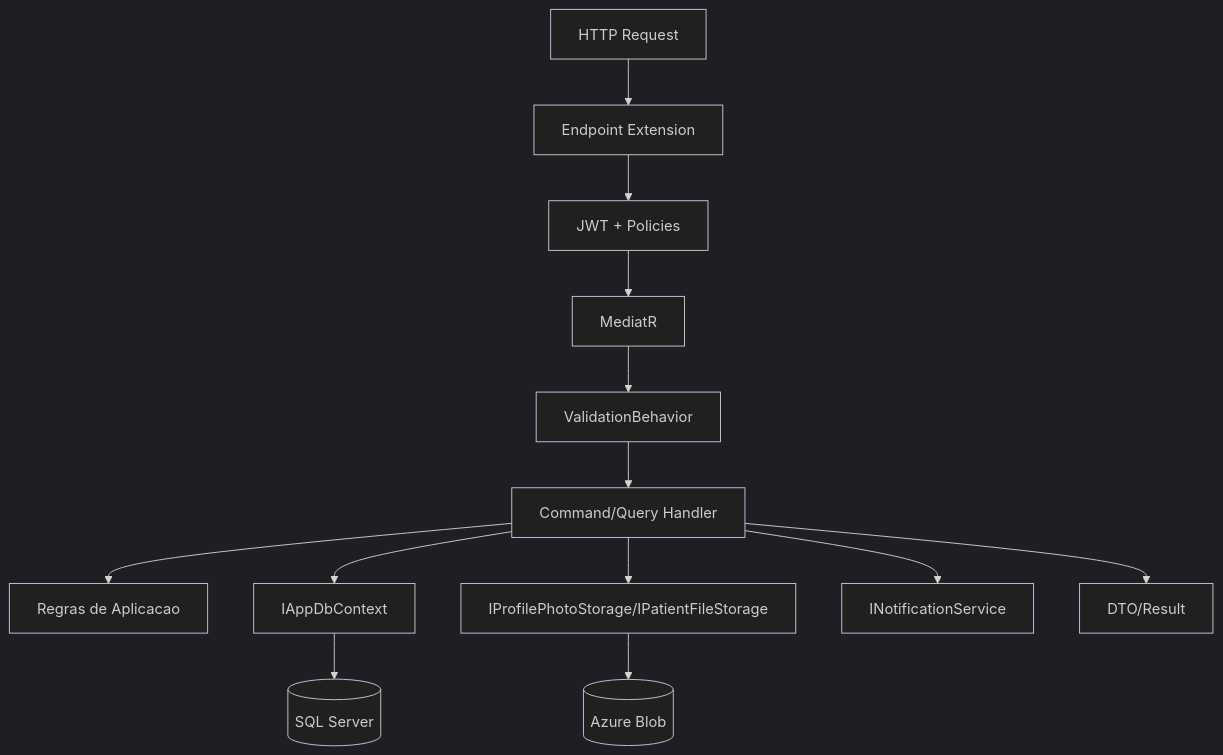
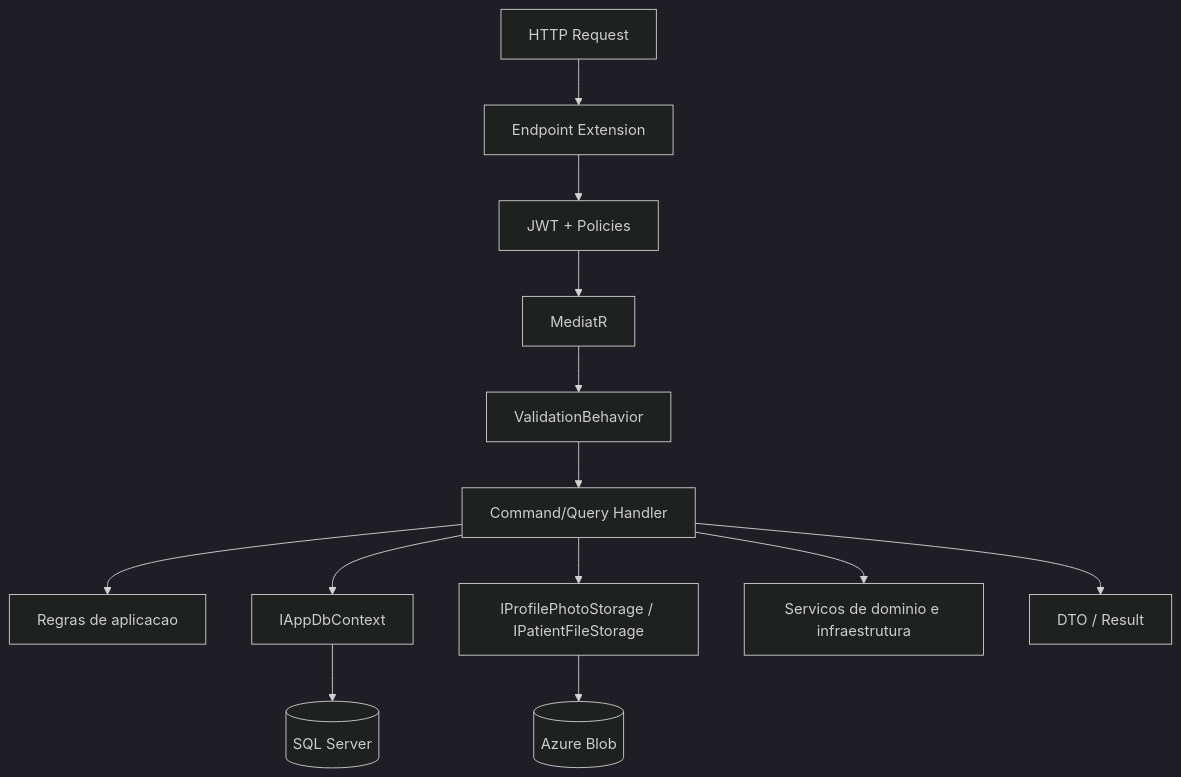
Before and after one commit to Hemodinks/hemodinks-api: the second of 6 diagrams in docs/TECHNICAL_DOCUMENTATION.md, drawn with Mermaid (dark theme). The commit also changed other lines of this file and 7 other files, not shown here.

````diff
--- a/docs/TECHNICAL_DOCUMENTATION.md
+++ b/docs/TECHNICAL_DOCUMENTATION.md
@@ -158,15 +139,15 @@
 ```mermaid
 flowchart TB
     Request[HTTP Request] --> Endpoint[Endpoint Extension]
     Endpoint --> Auth[JWT + Policies]
     Auth --> Mediator[MediatR]
     Mediator --> Validation[ValidationBehavior]
     Validation --> Handler[Command/Query Handler]
-    Handler --> Rules[Regras de Aplicacao]
+    Handler --> Rules[Regras de aplicacao]
     Handler --> Db[IAppDbContext]
-    Handler --> Storage[IProfilePhotoStorage/IPatientFileStorage]
-    Handler --> Notifications[INotificationService]
+    Handler --> Storage[IProfilePhotoStorage / IPatientFileStorage]
+    Handler --> Services[Servicos de dominio e infraestrutura]
     Db --> Sql[(SQL Server)]
     Storage --> Blob[(Azure Blob)]
-    Handler --> Response[DTO/Result]
+    Handler --> Response[DTO / Result]
 ```
````
